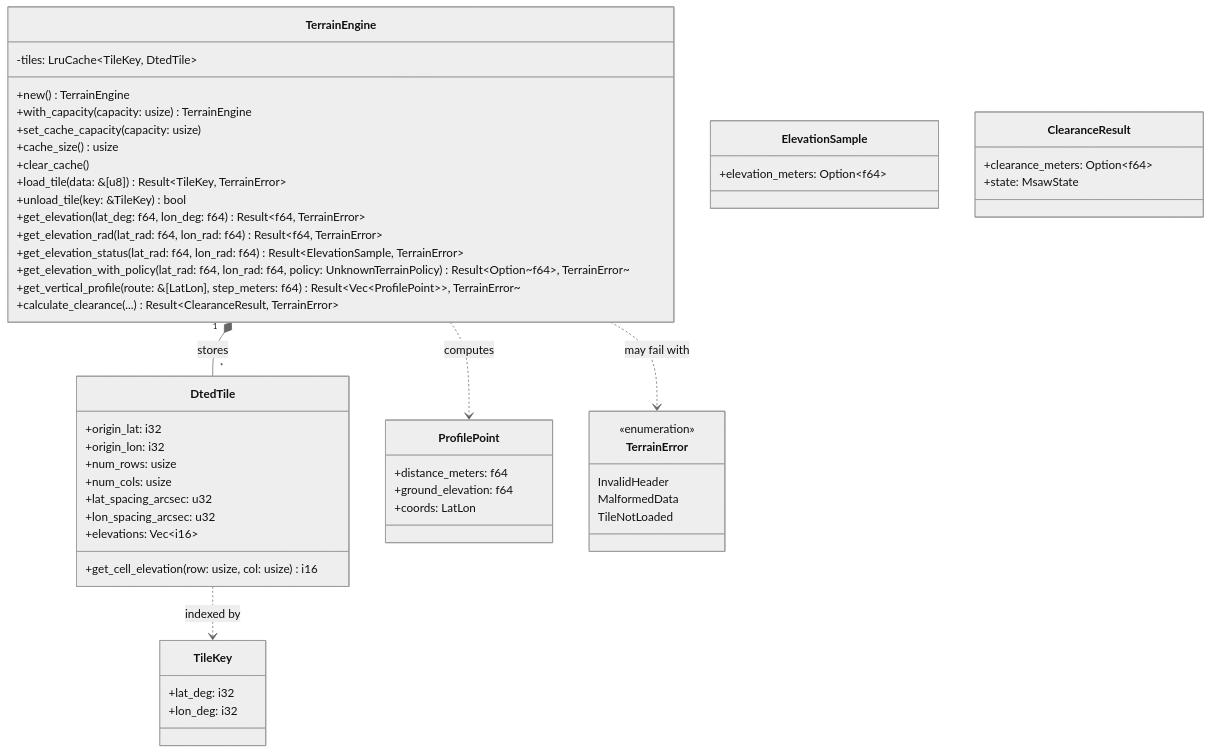
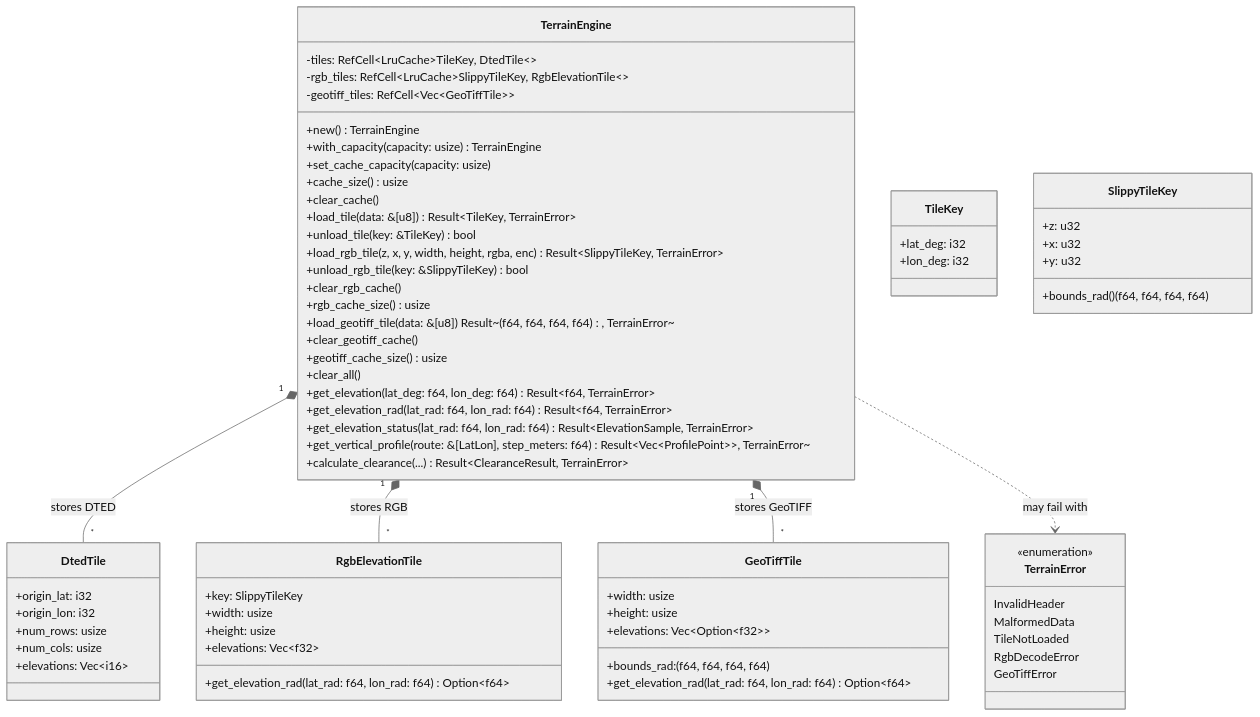
One commit to rodoni/olayer changed the diagram in docs/core/terrain/arch.md. Above: the diagram before and after it, drawn with Mermaid (neutral theme). The commit also changed other lines of this file and 20 other files, not shown here.

First line of the commit message:
feat(terrain): implement civil cloud terrain ingestion for COG and Mapbox RGB

````diff
--- a/docs/core/terrain/arch.md
+++ b/docs/core/terrain/arch.md
@@ -44,64 +49,80 @@
 ```mermaid
 classDiagram
     direction TB
 
     class TerrainEngine {
-        -tiles: LruCache~TileKey, DtedTile~
+        -tiles: RefCell~LruCache~TileKey, DtedTile~~
+        -rgb_tiles: RefCell~LruCache~SlippyTileKey, RgbElevationTile~~
+        -geotiff_tiles: RefCell~Vec~GeoTiffTile~~
         +new() TerrainEngine
         +with_capacity(capacity: usize) TerrainEngine
         +set_cache_capacity(capacity: usize)
         +cache_size() usize
         +clear_cache()
         +load_tile(data: &[u8]) Result~TileKey, TerrainError~
         +unload_tile(key: &TileKey) bool
+        +load_rgb_tile(z, x, y, width, height, rgba, enc) Result~SlippyTileKey, TerrainError~
+        +unload_rgb_tile(key: &SlippyTileKey) bool
+        +clear_rgb_cache()
+        +rgb_cache_size() usize
+        +load_geotiff_tile(data: &[u8]) Result~(f64, f64, f64, f64), TerrainError~
+        +clear_geotiff_cache()
+        +geotiff_cache_size() usize
+        +clear_all()
         +get_elevation(lat_deg: f64, lon_deg: f64) Result~f64, TerrainError~
         +get_elevation_rad(lat_rad: f64, lon_rad: f64) Result~f64, TerrainError~
         +get_elevation_status(lat_rad: f64, lon_rad: f64) Result~ElevationSample, TerrainError~
-        +get_elevation_with_policy(lat_rad: f64, lon_rad: f64, policy: UnknownTerrainPolicy) Result~Option~f64~, TerrainError~
         +get_vertical_profile(route: &[LatLon], step_meters: f64) Result~Vec~ProfilePoint~~, TerrainError~
         +calculate_clearance(...) Result~ClearanceResult, TerrainError~
     }
 
     class TileKey {
         +lat_deg: i32
         +lon_deg: i32
     }
 
+    class SlippyTileKey {
+        +z: u32
+        +x: u32
+        +y: u32
+        +bounds_rad() (f64, f64, f64, f64)
+    }
+
     class DtedTile {
         +origin_lat: i32
         +origin_lon: i32
         +num_rows: usize
         +num_cols: usize
-        +lat_spacing_arcsec: u32
-        +lon_spacing_arcsec: u32
         +elevations: Vec~i16~
-        +get_cell_elevation(row: usize, col: usize) i16
     }
 
-    class ProfilePoint {
-        +distance_meters: f64
-        +ground_elevation: f64
-        +coords: LatLon
+    class RgbElevationTile {
+        +key: SlippyTileKey
+        +width: usize
+        +height: usize
+        +elevations: Vec~f32~
+        +get_elevation_rad(lat_rad: f64, lon_rad: f64) Option~f64~
     }
 
-    class ElevationSample {
-        +elevation_meters: Option~f64~
-    }
-
-    class ClearanceResult {
-        +clearance_meters: Option~f64~
-        +state: MsawState
+    class GeoTiffTile {
+        +width: usize
+        +height: usize
+        +bounds_rad: (f64, f64, f64, f64)
+        +elevations: Vec~Option~f32~~
+        +get_elevation_rad(lat_rad: f64, lon_rad: f64) Option~f64~
     }
 
     class TerrainError {
         <<enumeration>>
         InvalidHeader
         MalformedData
         TileNotLoaded
+        RgbDecodeError
+        GeoTiffError
     }
 
-    TerrainEngine "1" *-- "*" DtedTile : stores
-    DtedTile ..> TileKey : indexed by
-    TerrainEngine ..> ProfilePoint : computes
+    TerrainEngine "1" *-- "*" DtedTile : stores DTED
+    TerrainEngine "1" *-- "*" RgbElevationTile : stores RGB
+    TerrainEngine "1" *-- "*" GeoTiffTile : stores GeoTIFF
     TerrainEngine ..> TerrainError : may fail with
 ```
````
